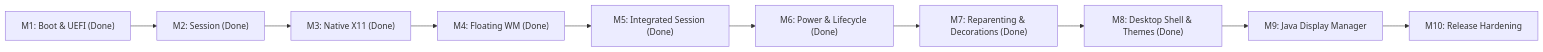
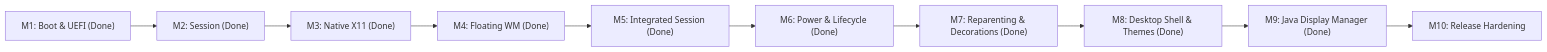
Before and after one commit to amadeos-eu/amadeos: the second of 2 diagrams in ROADMAP.md, drawn with Mermaid. The commit also changed other lines of this file and 16 other files, not shown here.

Commit message:
feat(dm): implement Java Display Manager with PAM authentication and Motif greeter (M9)

````diff
--- a/ROADMAP.md
+++ b/ROADMAP.md
@@ -36,12 +36,12 @@
 ```mermaid
 flowchart LR
     M1["M1: Boot & UEFI (Done)"] --> M2["M2: Session (Done)"]
     M2 --> M3["M3: Native X11 (Done)"]
     M3 --> M4["M4: Floating WM (Done)"]
     M4 --> M5["M5: Integrated Session (Done)"]
     M5 --> M6["M6: Power & Lifecycle (Done)"]
     M6 --> M7["M7: Reparenting & Decorations (Done)"]
     M7 --> M8["M8: Desktop Shell & Themes (Done)"]
-    M8 --> M9["M9: Java Display Manager"]
+    M8 --> M9["M9: Java Display Manager (Done)"]
     M9 --> M10["M10: Release Hardening"]
 ```
````
